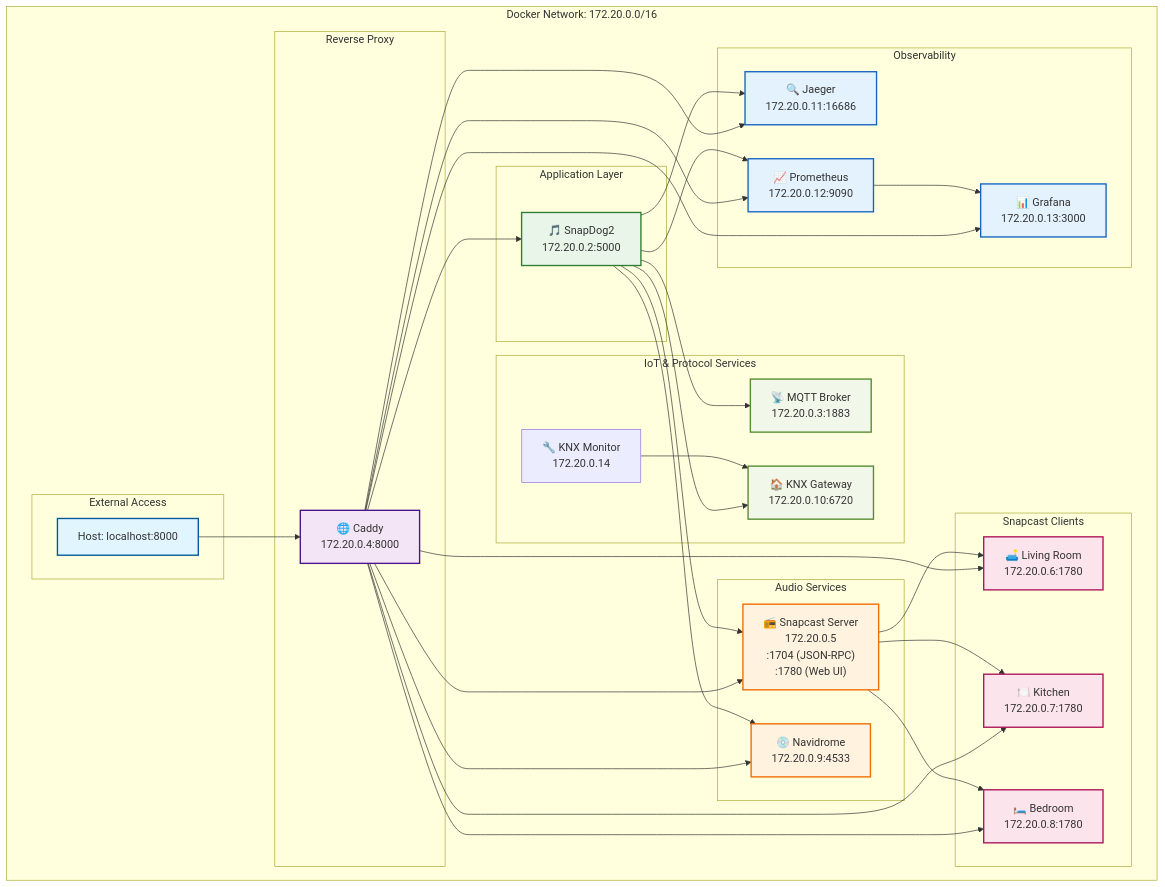
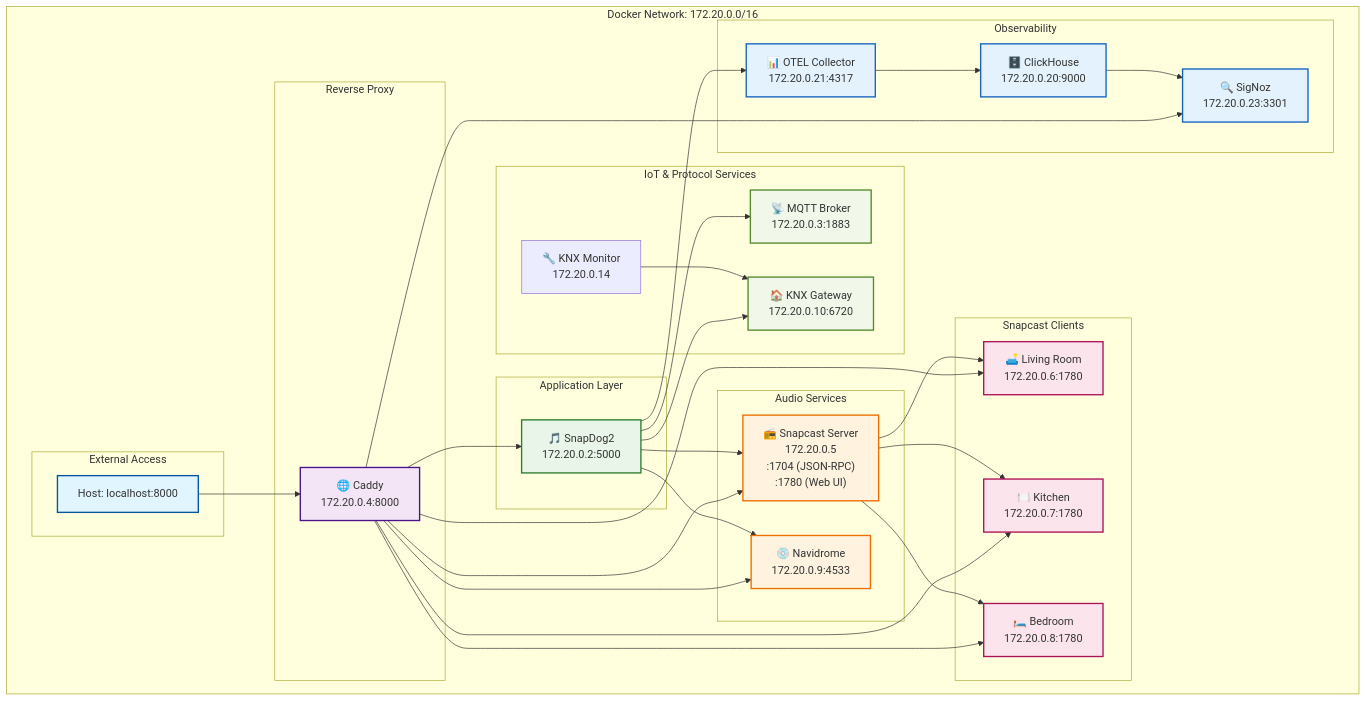
The diagram in README.md (metaneutrons/snapdog2), drawn with Mermaid before and after one commit. The commit also changed other lines of this file and 7 other files, not shown here.

First line of the commit message:
feat: migrate to SigNoz-only observability in devcontainer

````diff
--- a/README.md
+++ b/README.md
@@ -86,9 +80,9 @@
         end
         
         subgraph "Observability"
-            JAEGER["🔍 Jaeger<br/>172.20.0.11:16686"]
-            PROMETHEUS["📈 Prometheus<br/>172.20.0.12:9090"]
-            GRAFANA["📊 Grafana<br/>172.20.0.13:3000"]
+            SIGNOZ["🔍 SigNoz<br/>172.20.0.23:3301"]
+            OTELCOL["📊 OTEL Collector<br/>172.20.0.21:4317"]
+            CLICKHOUSE["🗄️ ClickHouse<br/>172.20.0.20:9000"]
         end
     end
     
@@ -102,16 +96,14 @@
     CADDY --> LIVING
     CADDY --> KITCHEN
     CADDY --> BEDROOM
-    CADDY --> JAEGER
-    CADDY --> PROMETHEUS
-    CADDY --> GRAFANA
+    CADDY --> SIGNOZ
     
     %% Application connections
     APP --> SNAPSERVER
     APP --> MQTT
     APP --> NAVIDROME
     APP --> KNX
-    APP --> JAEGER
+    APP --> OTELCOL
     
     %% KNX Monitor connection
     KNXMON --> KNX
@@ -121,9 +113,9 @@
     SNAPSERVER --> KITCHEN
     SNAPSERVER --> BEDROOM
     
-    %% Monitoring flows
-    APP --> PROMETHEUS
-    PROMETHEUS --> GRAFANA
+    %% Observability flows
+    OTELCOL --> CLICKHOUSE
+    CLICKHOUSE --> SIGNOZ
     
     %% Styling
     classDef external fill:#e1f5fe,stroke:#01579b,stroke-width:2px
@@ -140,5 +132,5 @@
     class SNAPSERVER,NAVIDROME audio
     class LIVING,KITCHEN,BEDROOM client
     class MQTT,KNX iot
-    class JAEGER,PROMETHEUS,GRAFANA monitoring
+    class SIGNOZ,OTELCOL,CLICKHOUSE monitoring
 ```
````
